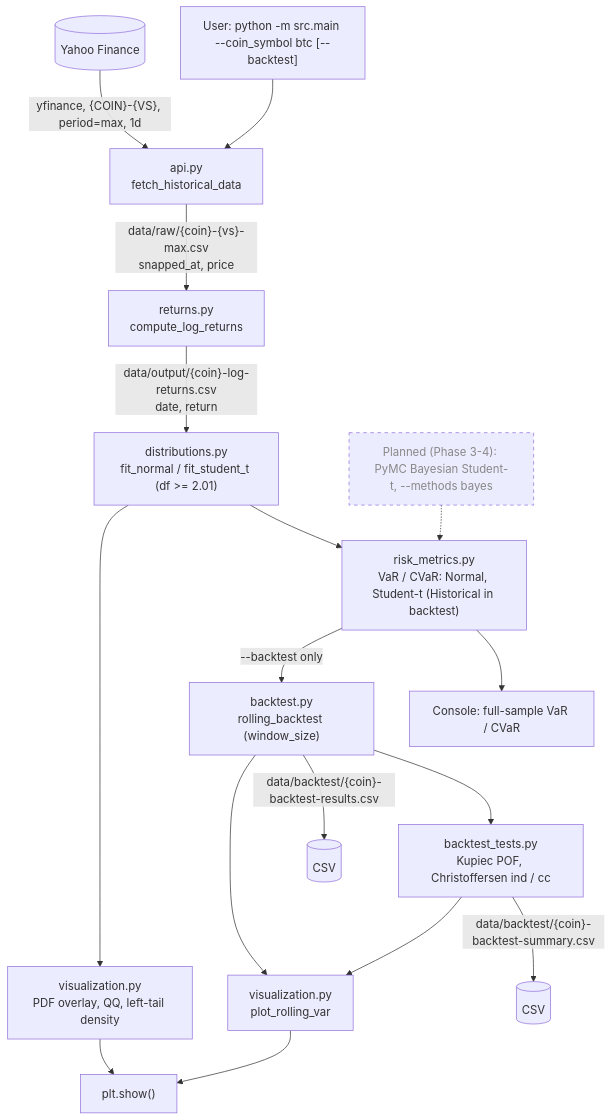
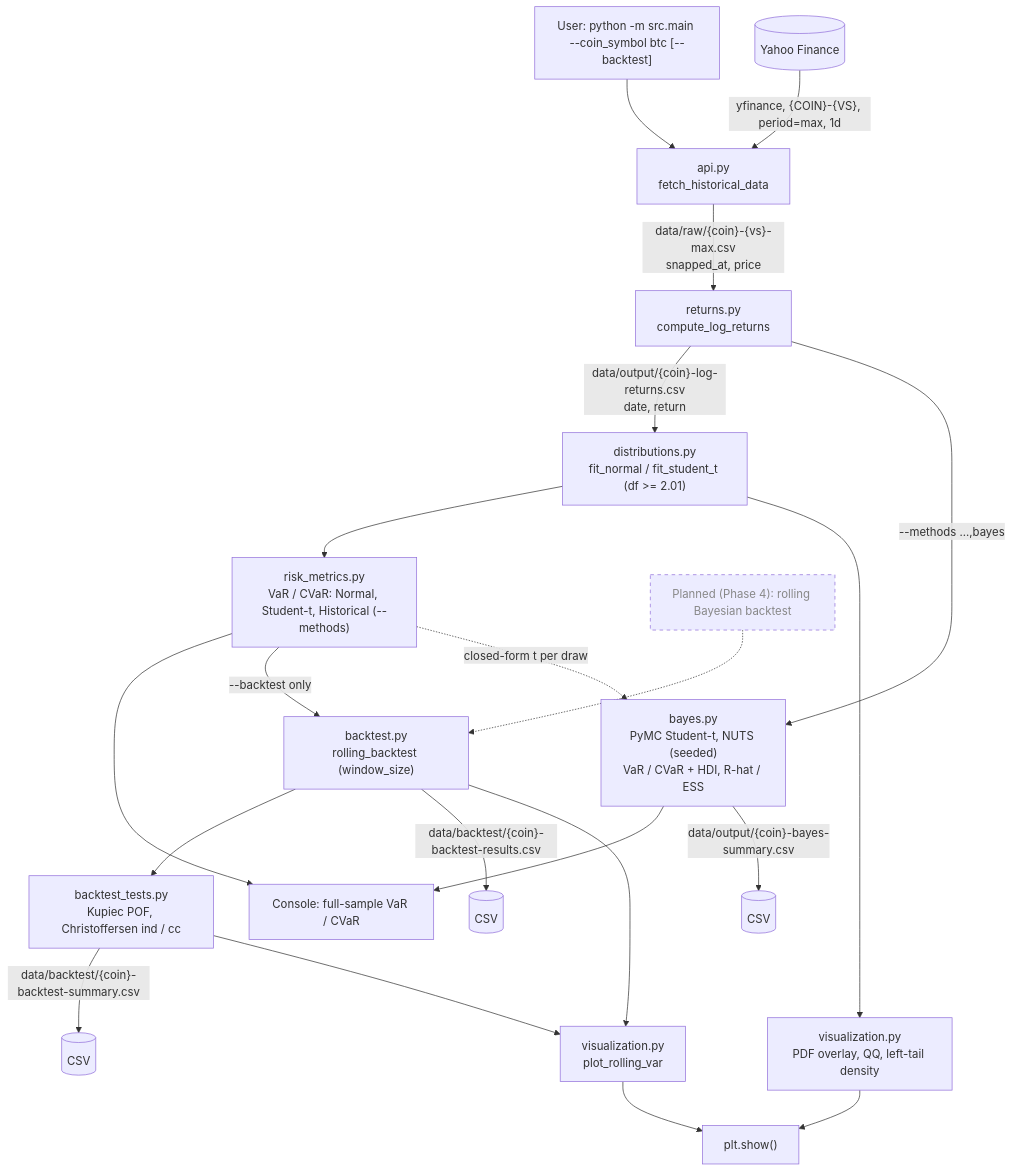
One commit to jvick1/crypto-risk-engine changed the diagram in docs/APP_FLOW.md. Above: the diagram before and after it, drawn with Mermaid. The commit also changed other lines of this file and 4 other files, not shown here.

Commit message:
docs: Phase 3 Bayesian Student-t in ROADMAP, PRD, TRD, APP_FLOW and SCHEMA (priors, outputs, real BTC run)

````diff
--- a/docs/APP_FLOW.md
+++ b/docs/APP_FLOW.md
@@ -15,20 +15,24 @@
 ```mermaid
 flowchart TD
     U["User: python -m src.main --coin_symbol btc [--backtest]"] --> API
     Y[(Yahoo Finance)] -->|"yfinance, {COIN}-{VS}, period=max, 1d"| API["api.py<br/>fetch_historical_data"]
     API -->|"data/raw/{coin}-{vs}-max.csv<br/>snapped_at, price"| RET["returns.py<br/>compute_log_returns"]
     RET -->|"data/output/{coin}-log-returns.csv<br/>date, return"| DIST["distributions.py<br/>fit_normal / fit_student_t (df >= 2.01)"]
-    DIST --> RM["risk_metrics.py<br/>VaR / CVaR: Normal, Student-t (Historical in backtest)"]
+    DIST --> RM["risk_metrics.py<br/>VaR / CVaR: Normal, Student-t, Historical (--methods)"]
     DIST --> VIZ1["visualization.py<br/>PDF overlay, QQ, left-tail density"]
     RM --> OUT1["Console: full-sample VaR / CVaR"]
     RM -->|"--backtest only"| BT["backtest.py<br/>rolling_backtest (window_size)"]
     BT --> BTT["backtest_tests.py<br/>Kupiec POF, Christoffersen ind / cc"]
     BT -->|"data/backtest/{coin}-backtest-results.csv"| F1[(CSV)]
     BTT -->|"data/backtest/{coin}-backtest-summary.csv"| F2[(CSV)]
     BT --> VIZ2["visualization.py<br/>plot_rolling_var"]
     BTT --> VIZ2
     VIZ1 --> SHOW["plt.show()"]
     VIZ2 --> SHOW
-    BAYES["Planned (Phase 3-4): PyMC Bayesian Student-t, --methods bayes"]:::planned -.-> RM
+    RET -->|"--methods ...,bayes"| BAYES["bayes.py<br/>PyMC Student-t, NUTS (seeded)<br/>VaR / CVaR + HDI, R-hat / ESS"]
+    RM -.->|"closed-form t per draw"| BAYES
+    BAYES --> OUT1
+    BAYES -->|"data/output/{coin}-bayes-summary.csv"| F3[(CSV)]
+    RBT["Planned (Phase 4): rolling Bayesian backtest"]:::planned -.-> BT
     classDef planned stroke-dasharray: 5 5,color:#888;
 ```
````
